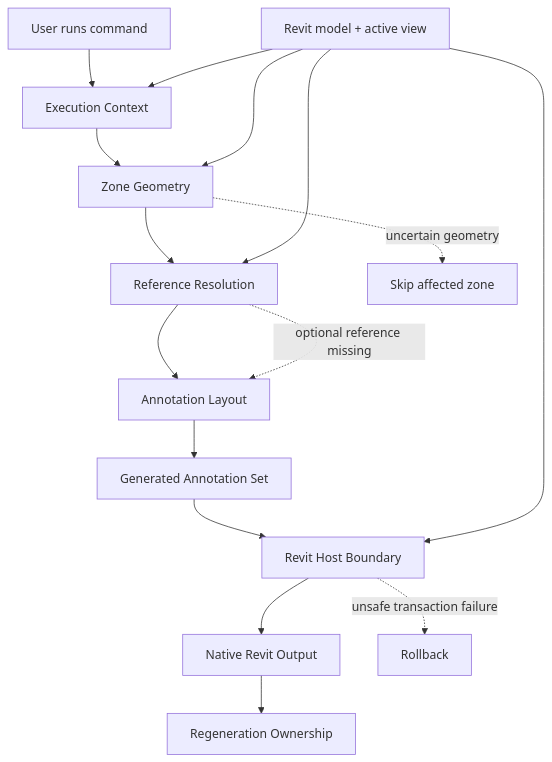
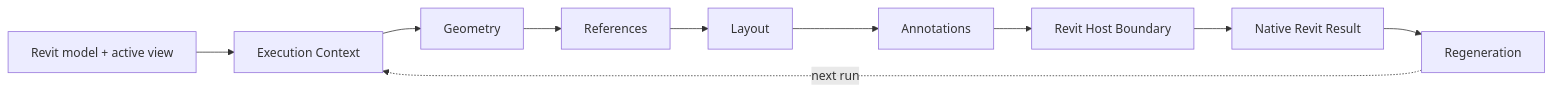
The diagram in README.md (branch-danya-dev/revit-rebar-autodim-analysis), drawn with Mermaid before and after one commit. The commit also changed other lines of this file, not shown here.

````diff
--- a/README.md
+++ b/README.md
@@ -94,20 +13,12 @@
 ```mermaid
-flowchart TD
-    U[User runs command] --> C[Execution Context]
-    C --> G[Zone Geometry]
-    G --> R[Reference Resolution]
-    R --> L[Annotation Layout]
-    L --> A[Generated Annotation Set]
+flowchart LR
+    R[Revit model + active view] --> C[Execution Context]
+    C --> G[Geometry]
+    G --> F[References]
+    F --> L[Layout]
+    L --> A[Annotations]
     A --> H[Revit Host Boundary]
-    H --> O[Native Revit Output]
-    O --> X[Regeneration Ownership]
-
-    M[Revit model + active view] --> C
-    M --> G
-    M --> R
-    M --> H
-
-    G -. uncertain geometry .-> S[Skip affected zone]
-    R -. optional reference missing .-> L
-    H -. unsafe transaction failure .-> B[Rollback]
+    H --> O[Native Revit Result]
+    O --> X[Regeneration]
+    X -. next run .-> C
 ```
````
